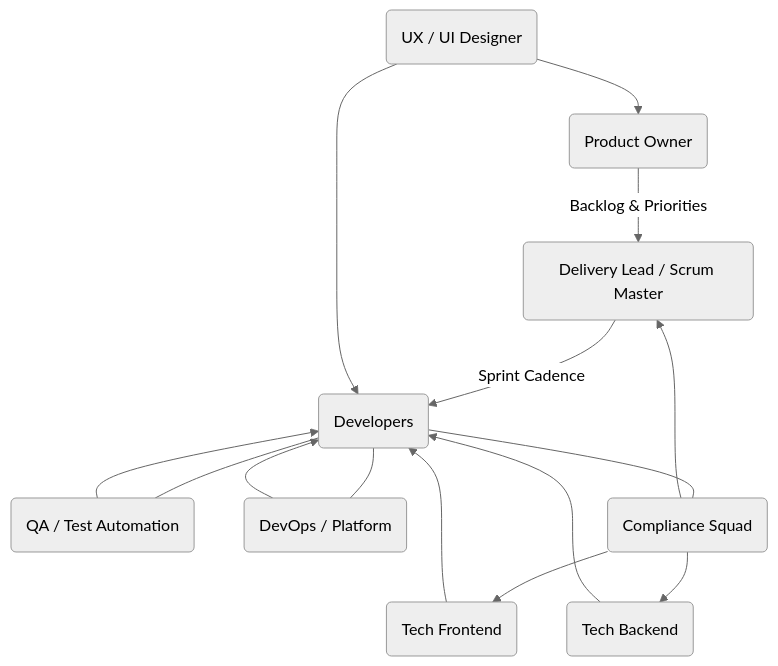
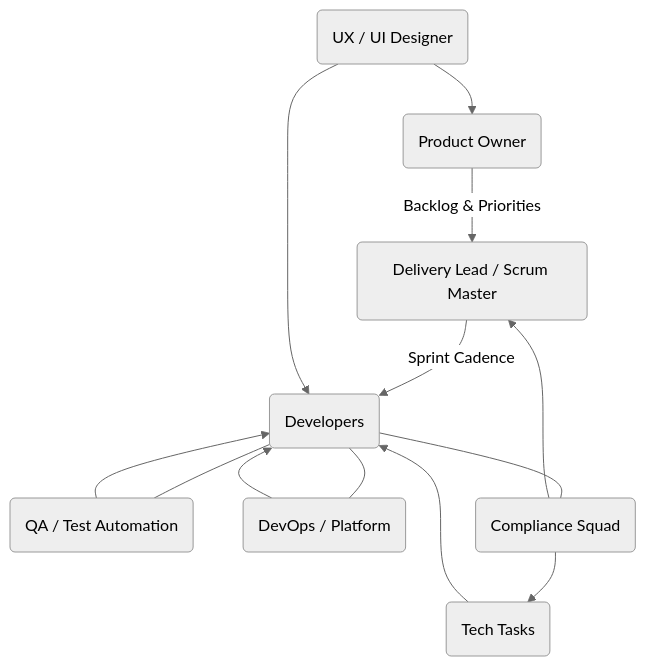
The second of 4 diagrams in working-framework.md (netshiaMR/way-of-working-framework), drawn with Mermaid (neutral theme) before and after one commit.

Commit message:
Update tech roles in working-framework.md

````diff
--- a/working-framework.md
+++ b/working-framework.md
@@ -27,28 +27,25 @@
 ```mermaid
 graph TD
     PO(Product Owner)
     DL(Delivery Lead / Scrum Master)
-    TL-Tech(Tech Frontend)
-    TL-Back(Tech Backend)
+    TL-Tech(Tech Tasks)
     Dev(Developers)
     QA(QA / Test Automation)
     DevOps(DevOps / Platform)
     Comp(Compliance Squad)
     UX(UX / UI Designer)
 
     PO -->|Backlog & Priorities| DL
     DL -->|Sprint Cadence| Dev
     TL-Tech --> Dev
-    TL-Back --> Dev
     QA --> Dev
     DevOps --> Dev
     Comp --> DL
     Comp --> TL-Tech
-    Comp --> TL-Back
     UX --> PO
     UX --> Dev
 
     Dev --- QA
     Dev --- DevOps
     Dev --- Comp
 ```
````
